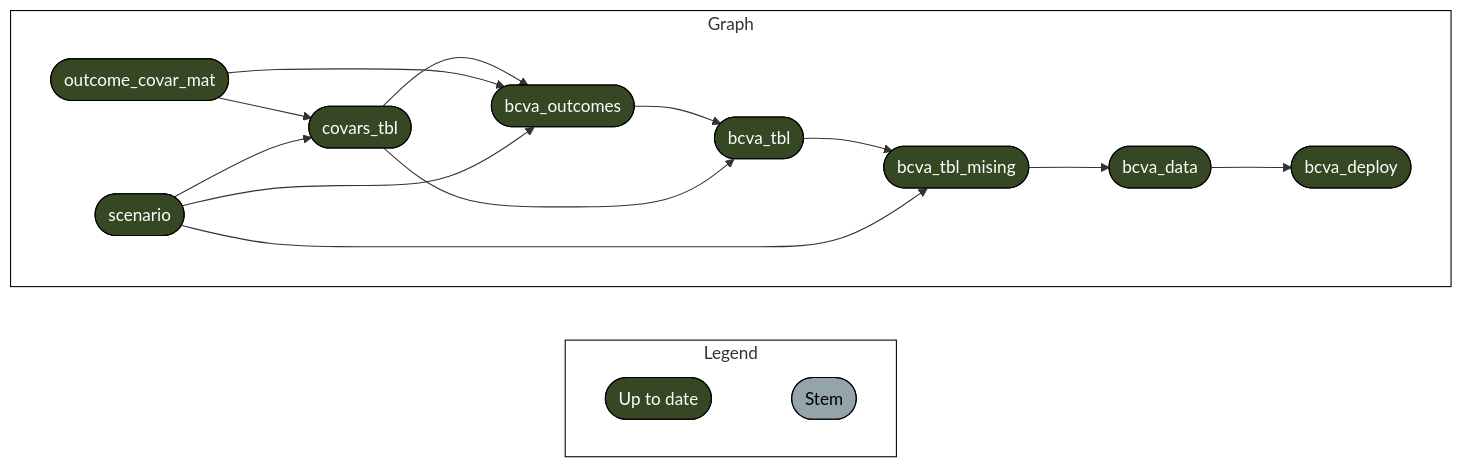
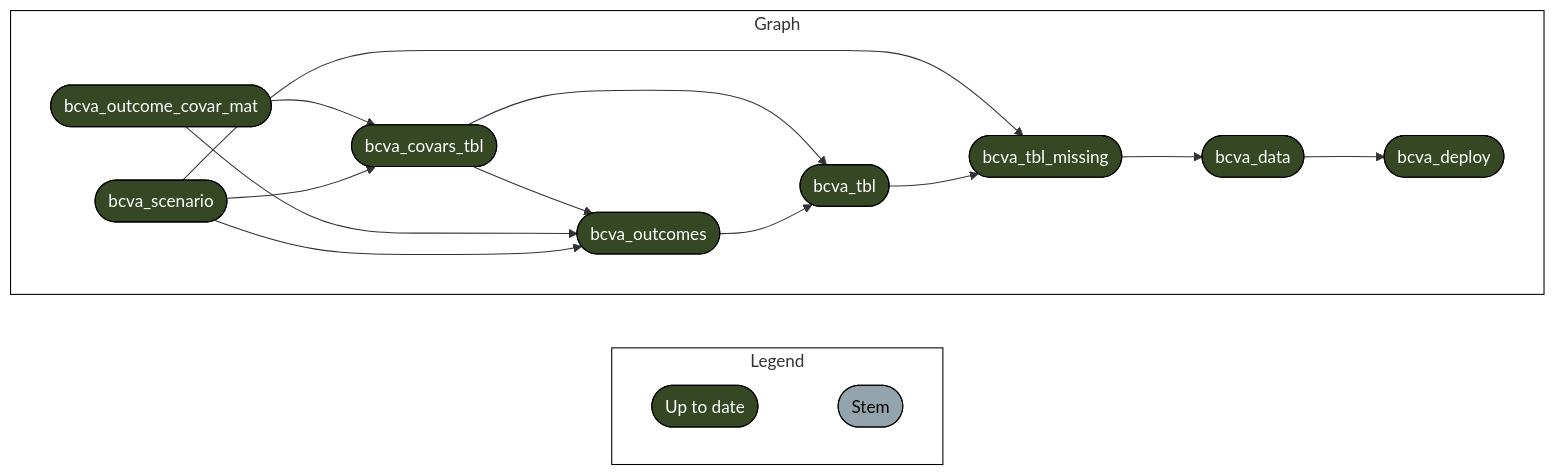
The diagram in data-raw/pipelines/bcva/README.md (openpharma/clindata), drawn with Mermaid before and after one commit.

Commit message:
update bcva pipeline readme

````diff
--- a/data-raw/pipelines/bcva/README.md
+++ b/data-raw/pipelines/bcva/README.md
@@ -4,26 +4,26 @@
 ``` mermaid
 graph LR
   style Legend fill:#FFFFFF00,stroke:#000000;
   style Graph fill:#FFFFFF00,stroke:#000000;
   subgraph Legend
     direction LR
     x7420bd9270f8d27d([""Up to date""]):::uptodate --- xbf4603d6c2c2ad6b([""Stem""]):::none
   end
   subgraph Graph
     direction LR
-    xd43dfdb5801bc879(["outcome_covar_mat"]):::uptodate --> x4c7a5e98fa3b78c2(["covars_tbl"]):::uptodate
-    x9c9d5e52f9f1598c(["scenario"]):::uptodate --> x4c7a5e98fa3b78c2(["covars_tbl"]):::uptodate
-    x93f0351b56007198(["bcva_tbl_mising"]):::uptodate --> x1d2bdffc623bf54f(["bcva_data"]):::uptodate
+    xba581ff8ec20748f(["bcva_tbl_missing"]):::uptodate --> x1d2bdffc623bf54f(["bcva_data"]):::uptodate
+    xff50554f3d0eb3a9(["bcva_covars_tbl"]):::uptodate --> xeee7b39e65da373f(["bcva_tbl"]):::uptodate
     xdf79c40940b53ca5(["bcva_outcomes"]):::uptodate --> xeee7b39e65da373f(["bcva_tbl"]):::uptodate
-    x4c7a5e98fa3b78c2(["covars_tbl"]):::uptodate --> xeee7b39e65da373f(["bcva_tbl"]):::uptodate
-    xeee7b39e65da373f(["bcva_tbl"]):::uptodate --> x93f0351b56007198(["bcva_tbl_mising"]):::uptodate
-    x9c9d5e52f9f1598c(["scenario"]):::uptodate --> x93f0351b56007198(["bcva_tbl_mising"]):::uptodate
-    x4c7a5e98fa3b78c2(["covars_tbl"]):::uptodate --> xdf79c40940b53ca5(["bcva_outcomes"]):::uptodate
-    xd43dfdb5801bc879(["outcome_covar_mat"]):::uptodate --> xdf79c40940b53ca5(["bcva_outcomes"]):::uptodate
-    x9c9d5e52f9f1598c(["scenario"]):::uptodate --> xdf79c40940b53ca5(["bcva_outcomes"]):::uptodate
+    xff50554f3d0eb3a9(["bcva_covars_tbl"]):::uptodate --> xdf79c40940b53ca5(["bcva_outcomes"]):::uptodate
+    x56b0170cd836b5f5(["bcva_outcome_covar_mat"]):::uptodate --> xdf79c40940b53ca5(["bcva_outcomes"]):::uptodate
+    x5c1f6932edbdc566(["bcva_scenario"]):::uptodate --> xdf79c40940b53ca5(["bcva_outcomes"]):::uptodate
+    x5c1f6932edbdc566(["bcva_scenario"]):::uptodate --> xba581ff8ec20748f(["bcva_tbl_missing"]):::uptodate
+    xeee7b39e65da373f(["bcva_tbl"]):::uptodate --> xba581ff8ec20748f(["bcva_tbl_missing"]):::uptodate
+    x56b0170cd836b5f5(["bcva_outcome_covar_mat"]):::uptodate --> xff50554f3d0eb3a9(["bcva_covars_tbl"]):::uptodate
+    x5c1f6932edbdc566(["bcva_scenario"]):::uptodate --> xff50554f3d0eb3a9(["bcva_covars_tbl"]):::uptodate
     x1d2bdffc623bf54f(["bcva_data"]):::uptodate --> x8affe731b708cae5(["bcva_deploy"]):::uptodate
   end
   classDef uptodate stroke:#000000,color:#ffffff,fill:#354823;
   classDef none stroke:#000000,color:#000000,fill:#94a4ac;
   linkStyle 0 stroke-width:0px;
 ```
````
